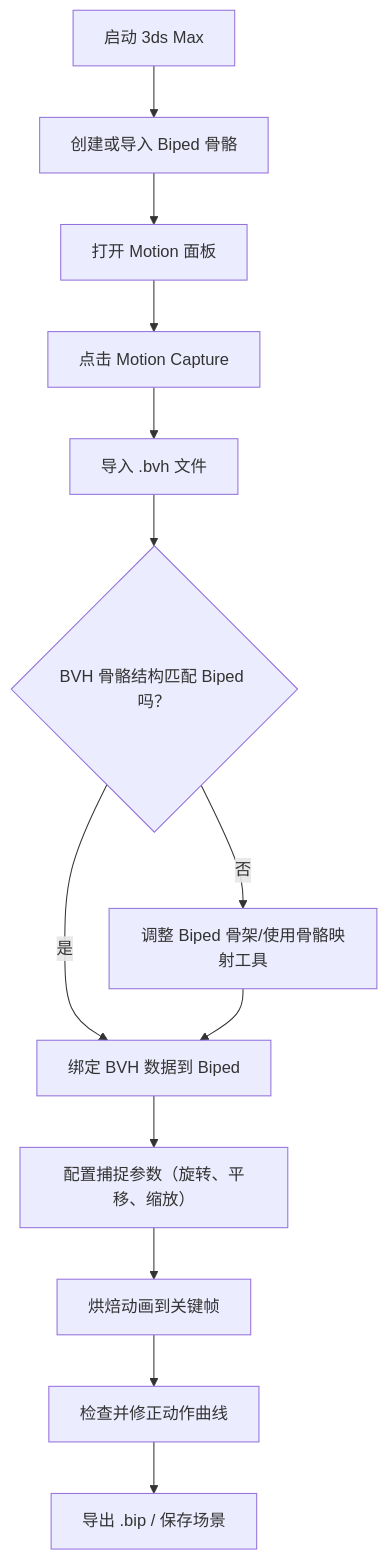
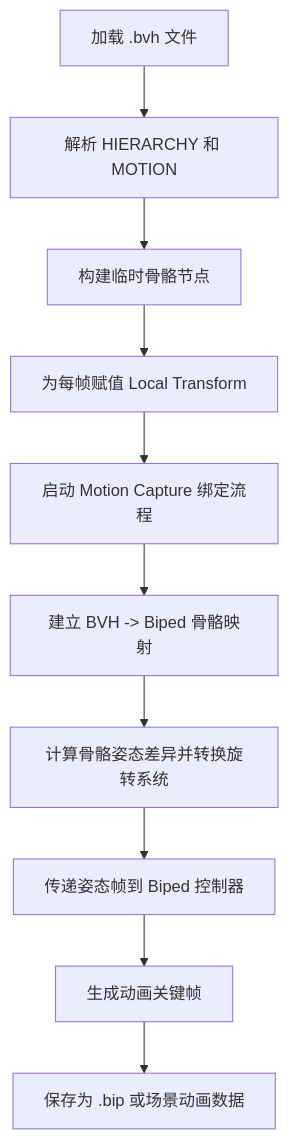
The diagram in all/未命名-3.md (zade23/iodraw-files), drawn with Mermaid before and after one commit.

Commit message:
2025-06-04 16:33:26 update

````diff
--- a/all/未命名-3.md
+++ b/all/未命名-3.md
@@ -1,16 +1,12 @@
 ```mermaid
 flowchart TD
-    A[启动 3ds Max] --> B[创建或导入 Biped 骨骼]
-    B --> C[打开 Motion 面板]
-    C --> D[点击 Motion Capture]
-    D --> E[导入 .bvh 文件]
-    E --> F{BVH 骨骼结构匹配 Biped 吗？}
-    F -- 否 --> G[调整 Biped 骨架/使用骨骼映射工具]
-    F -- 是 --> H[绑定 BVH 数据到 Biped]
-    G --> H
-    H --> I[配置捕捉参数（旋转、平移、缩放）]
-    I --> J[烘焙动画到关键帧]
-    J --> K[检查并修正动作曲线]
-    K --> L[导出 .bip / 保存场景]
-
+    A[加载 .bvh 文件] --> B[解析 HIERARCHY 和 MOTION]
+    B --> C[构建临时骨骼节点]
+    C --> D[为每帧赋值 Local Transform]
+    D --> E[启动 Motion Capture 绑定流程]
+    E --> F[建立 BVH -> Biped 骨骼映射]
+    F --> G[计算骨骼姿态差异并转换旋转系统]
+    G --> H[传递姿态帧到 Biped 控制器]
+    H --> I[生成动画关键帧]
+    I --> J[保存为 .bip 或场景动画数据]
 ```
````
